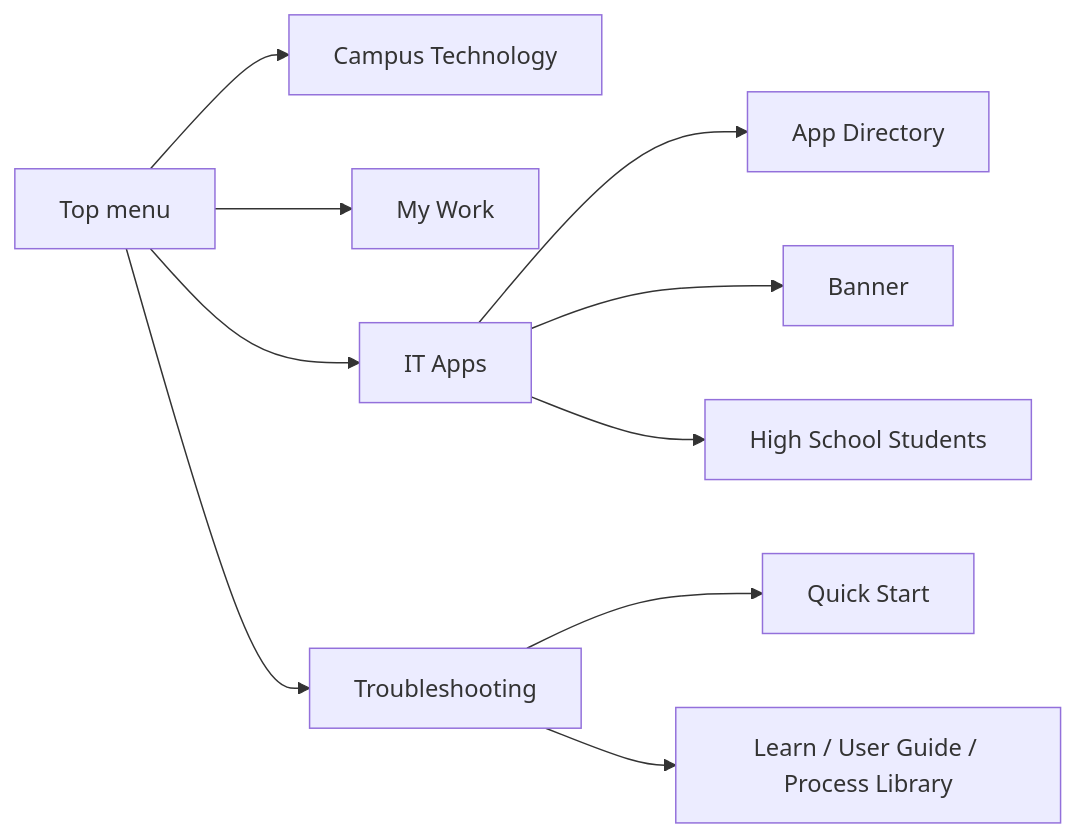
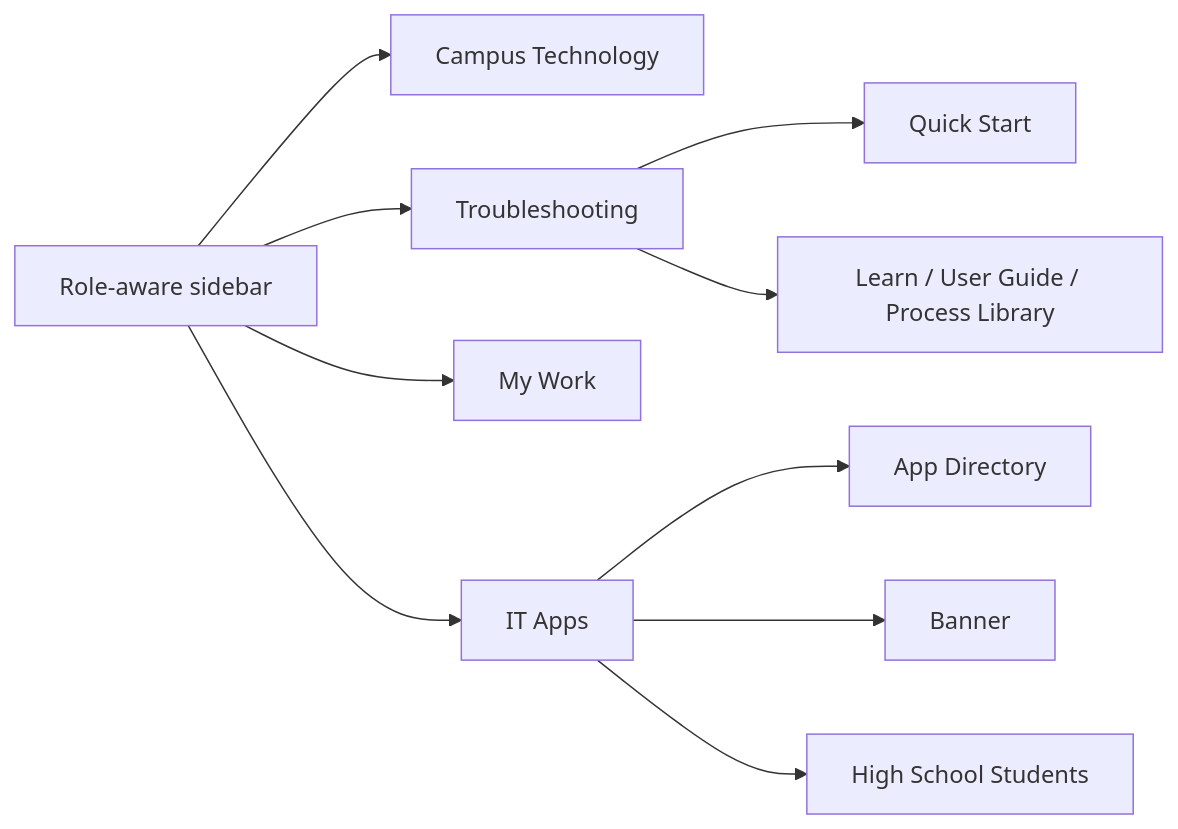
The second of 2 diagrams in docs/campus-operations-navigation.md (OlderschCoder/Network-Insight-Hub), drawn with Mermaid before and after one commit. The commit also changed other lines of this file and 75 other files, not shown here.

````diff
--- a/docs/campus-operations-navigation.md
+++ b/docs/campus-operations-navigation.md
@@ -29,12 +28,12 @@
 ```mermaid
 flowchart LR
-    M[Top menu] --> C[Campus Technology]
-    M --> W[My Work]
-    M --> I[IT Apps]
-    M --> T[Troubleshooting]
+    SB[Role-aware sidebar] --> C[Campus Technology]
+    SB --> T[Troubleshooting]
+    SB --> W[My Work]
+    SB --> I[IT Apps]
     I --> D[App Directory]
     I --> B[Banner]
     I --> H[High School Students]
     T --> Q[Quick Start]
     T --> L[Learn / User Guide / Process Library]
 ```
````
